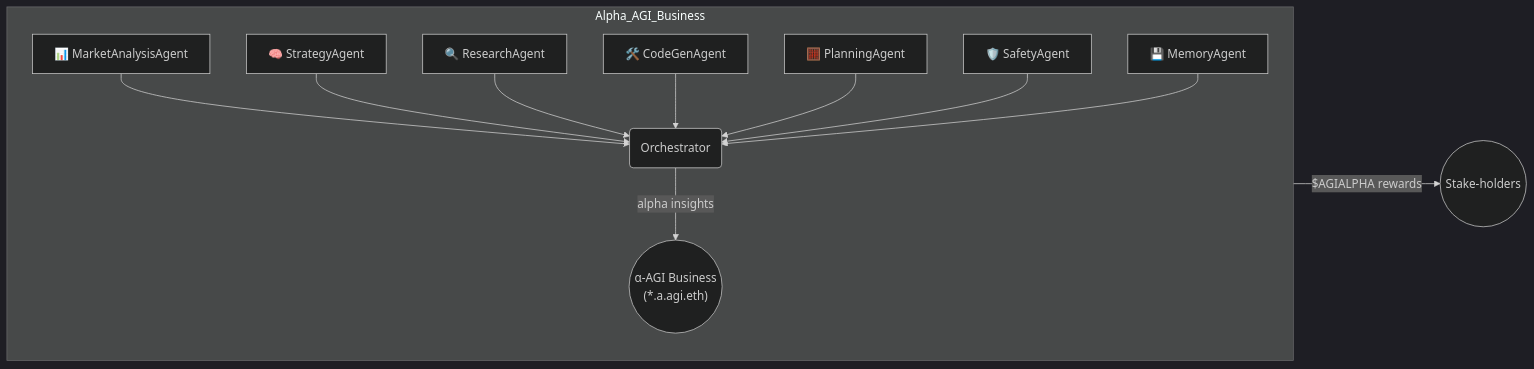
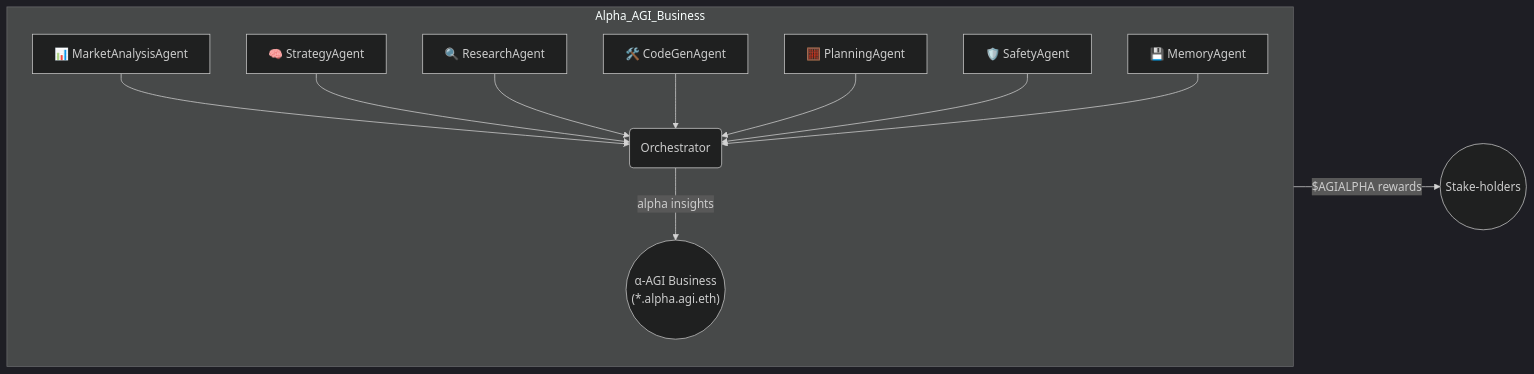
The diagram in alpha_factory_v1/demos/alpha_agi_business_2_v1/README.md (MontrealAI/AGI-Alpha-Agent-v0), drawn with Mermaid (dark theme) before and after one commit. The commit also changed other lines of this file and 17 other files, not shown here.

Commit message:
docs: update ENS schema references

````diff
--- a/alpha_factory_v1/demos/alpha_agi_business_2_v1/README.md
+++ b/alpha_factory_v1/demos/alpha_agi_business_2_v1/README.md
@@ -32,15 +32,15 @@
 ```mermaid
 flowchart LR
   subgraph Alpha_AGI_Business
     direction TB
     MA[📊 MarketAnalysisAgent] --> O(Orchestrator)
     ST[🧠 StrategyAgent] --> O
     RE[🔍 ResearchAgent] --> O
     CG[🛠️ CodeGenAgent] --> O
     PL[🧮 PlanningAgent] --> O
     SA[🛡️ SafetyAgent] --> O
     ME[💾 MemoryAgent] --> O
-    O -->|alpha insights| B(("α-AGI Business<br/>(*.a.agi.eth)"))
+    O -->|alpha insights| B(("α-AGI Business<br/>(*.alpha.agi.eth)"))
   end
   B -->|$AGIALPHA rewards| Users((Stake‑holders))
 ```
````
